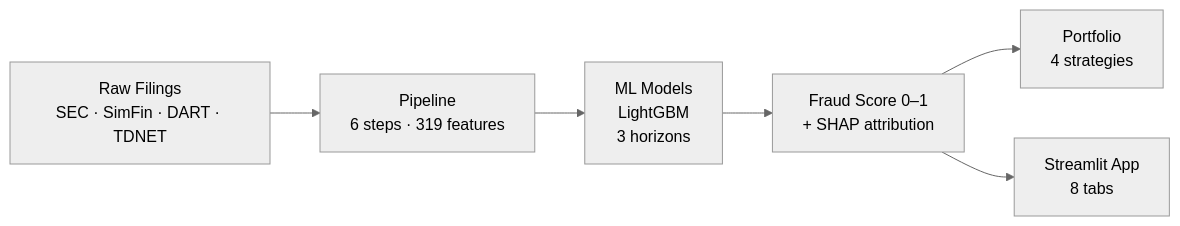
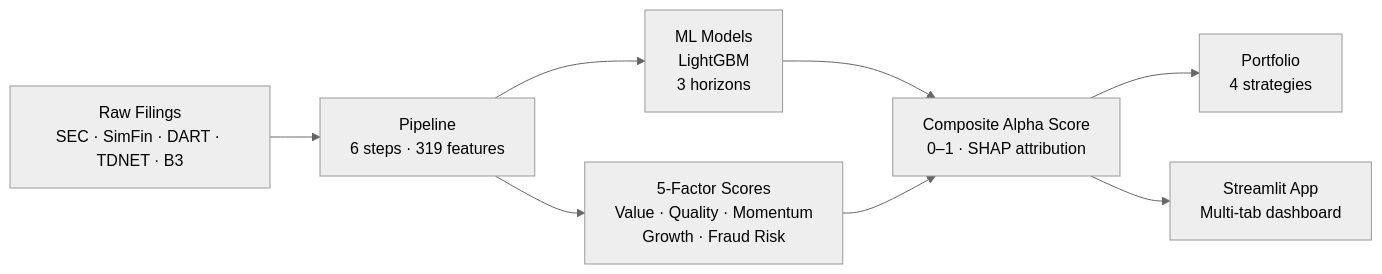
The diagram in docs/index.md (sherlock718/stock-fraud-screener), drawn with Mermaid (neutral theme) before and after one commit. The commit also changed other lines of this file and 12 other files, not shown here.

````diff
--- a/docs/index.md
+++ b/docs/index.md
@@ -68,8 +75,10 @@
 ```mermaid
 graph LR
-    A[Raw Filings<br/>SEC · SimFin · DART · TDNET] --> B[Pipeline<br/>6 steps · 319 features]
-    B --> C[ML Models<br/>LightGBM<br/>3 horizons]
-    C --> D[Fraud Score 0–1<br/>+ SHAP attribution]
-    D --> E[Portfolio<br/>4 strategies]
-    D --> F[Streamlit App<br/>8 tabs]
+    A["Raw Filings<br/>SEC · SimFin · DART · TDNET · B3"] --> B["Pipeline<br/>6 steps · 319 features"]
+    B --> C["ML Models<br/>LightGBM<br/>3 horizons"]
+    B --> D["5-Factor Scores<br/>Value · Quality · Momentum<br/>Growth · Fraud Risk"]
+    C --> E["Composite Alpha Score<br/>0–1 · SHAP attribution"]
+    D --> E
+    E --> F["Portfolio<br/>4 strategies"]
+    E --> G["Streamlit App<br/>Multi-tab dashboard"]
 ```
````
